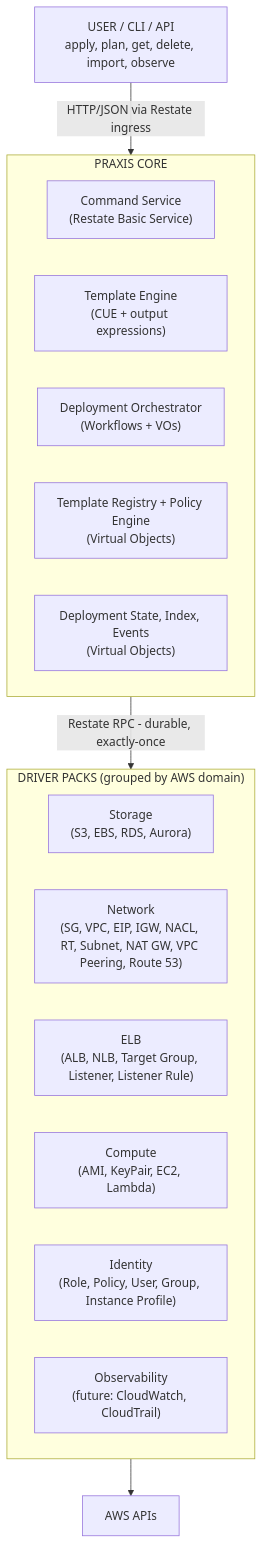
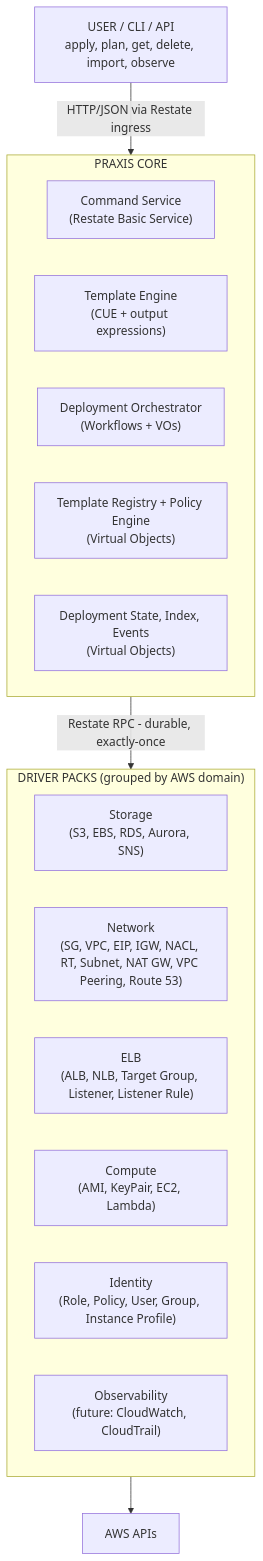
The first of 5 diagrams in docs/ARCHITECTURE.md (shirvan/praxis), drawn with Mermaid before and after one commit. The commit also changed other lines of this file and 28 other files, not shown here.

````diff
--- a/docs/ARCHITECTURE.md
+++ b/docs/ARCHITECTURE.md
@@ -17,27 +17,27 @@
 ```mermaid
 graph TD
     User["USER / CLI / API<br/>apply, plan, get, delete, import, observe"]
 
     User -->|"HTTP/JSON via Restate ingress"| Core
 
     subgraph Core["PRAXIS CORE"]
         CS["Command Service<br/>(Restate Basic Service)"]
         TE["Template Engine<br/>(CUE + output expressions)"]
         DO["Deployment Orchestrator<br/>(Workflows + VOs)"]
         TR["Template Registry + Policy Engine<br/>(Virtual Objects)"]
         DS["Deployment State, Index, Events<br/>(Virtual Objects)"]
     end
 
     Core -->|"Restate RPC - durable, exactly-once"| Drivers
 
     subgraph Drivers["DRIVER PACKS (grouped by AWS domain)"]
-        Storage["Storage<br/>(S3, EBS, RDS, Aurora)"]
+        Storage["Storage<br/>(S3, EBS, RDS, Aurora, SNS)"]
         Network["Network<br/>(SG, VPC, EIP, IGW, NACL, RT, Subnet, NAT GW, VPC Peering, Route 53)"]
         ELB["ELB<br/>(ALB, NLB, Target Group, Listener, Listener Rule)"]
         Compute["Compute<br/>(AMI, KeyPair, EC2, Lambda)"]
         IAM["Identity<br/>(Role, Policy, User, Group, Instance Profile)"]
         Observability["Observability<br/>(future: CloudWatch, CloudTrail)"]
     end
 
     Drivers --> AWS["AWS APIs"]
 ```
````
